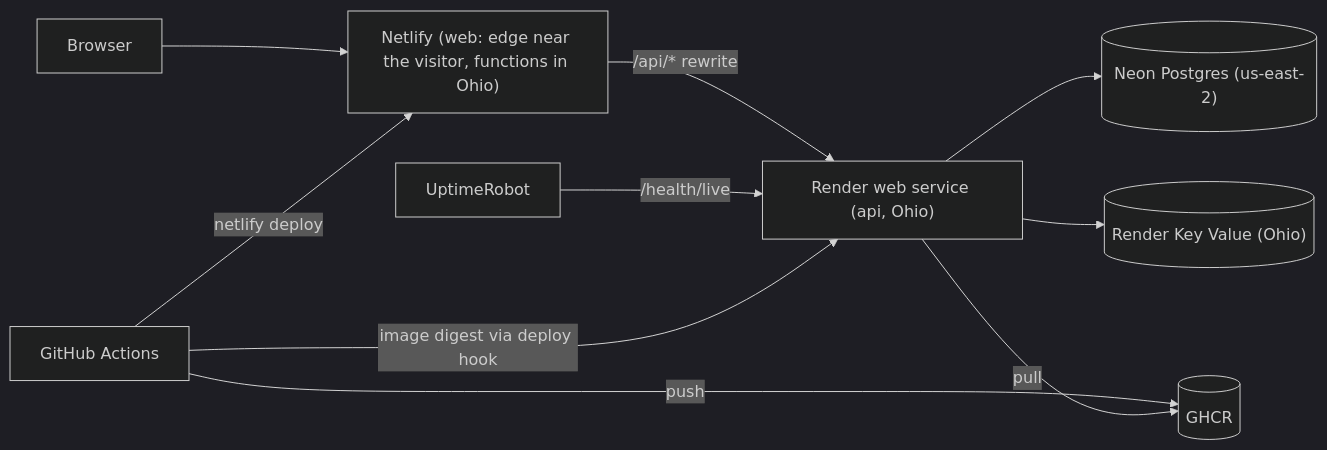
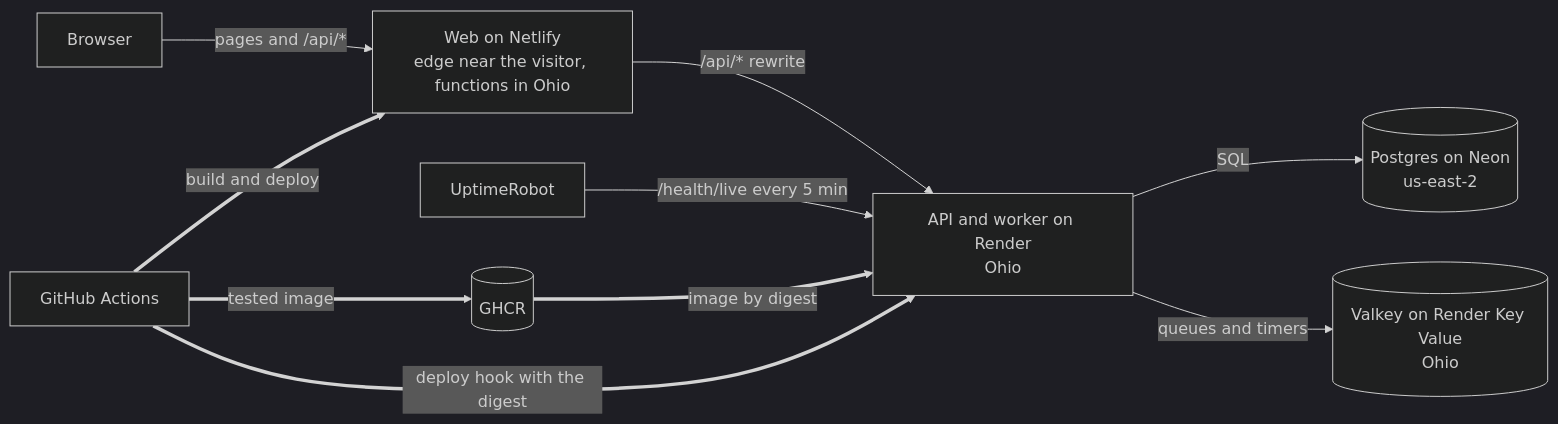
The diagram in docs/deployment.md (Vladimir0087/clientry), drawn with Mermaid (dark theme) before and after one commit. The commit also changed other lines of this file and 31 other files, not shown here.

````diff
--- a/docs/deployment.md
+++ b/docs/deployment.md
@@ -10,12 +11,12 @@
 ```mermaid
 flowchart LR
-  browser[Browser] --> netlify["Netlify (web: edge near the visitor, functions in Ohio)"]
-  netlify -- "/api/* rewrite" --> render["Render web service (api, Ohio)"]
-  render --> neon[("Neon Postgres (us-east-2)")]
-  render --> valkey[("Render Key Value (Ohio)")]
-  pinger[UptimeRobot] -- "/health/live" --> render
-  ci[GitHub Actions] -- "image digest via deploy hook" --> render
-  ci -- "netlify deploy" --> netlify
-  ci -- "push" --> ghcr[(GHCR)]
-  render -- "pull" --> ghcr
+  browser[Browser] -->|"pages and /api/*"| web["Web on Netlify<br>edge near the visitor, functions in Ohio"]
+  web -->|"/api/* rewrite"| api["API and worker on Render<br>Ohio"]
+  api -->|"SQL"| neon[("Postgres on Neon<br>us-east-2")]
+  api -->|"queues and timers"| valkey[("Valkey on Render Key Value<br>Ohio")]
+  pinger[UptimeRobot] -->|"/health/live every 5 min"| api
+  ci[GitHub Actions] ==>|"tested image"| ghcr[(GHCR)]
+  ghcr ==>|"image by digest"| api
+  ci ==>|"deploy hook with the digest"| api
+  ci ==>|"build and deploy"| web
 ```
````
